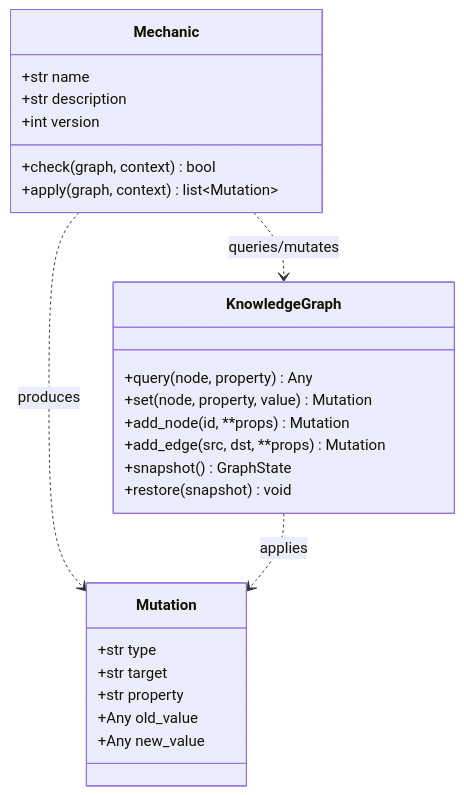
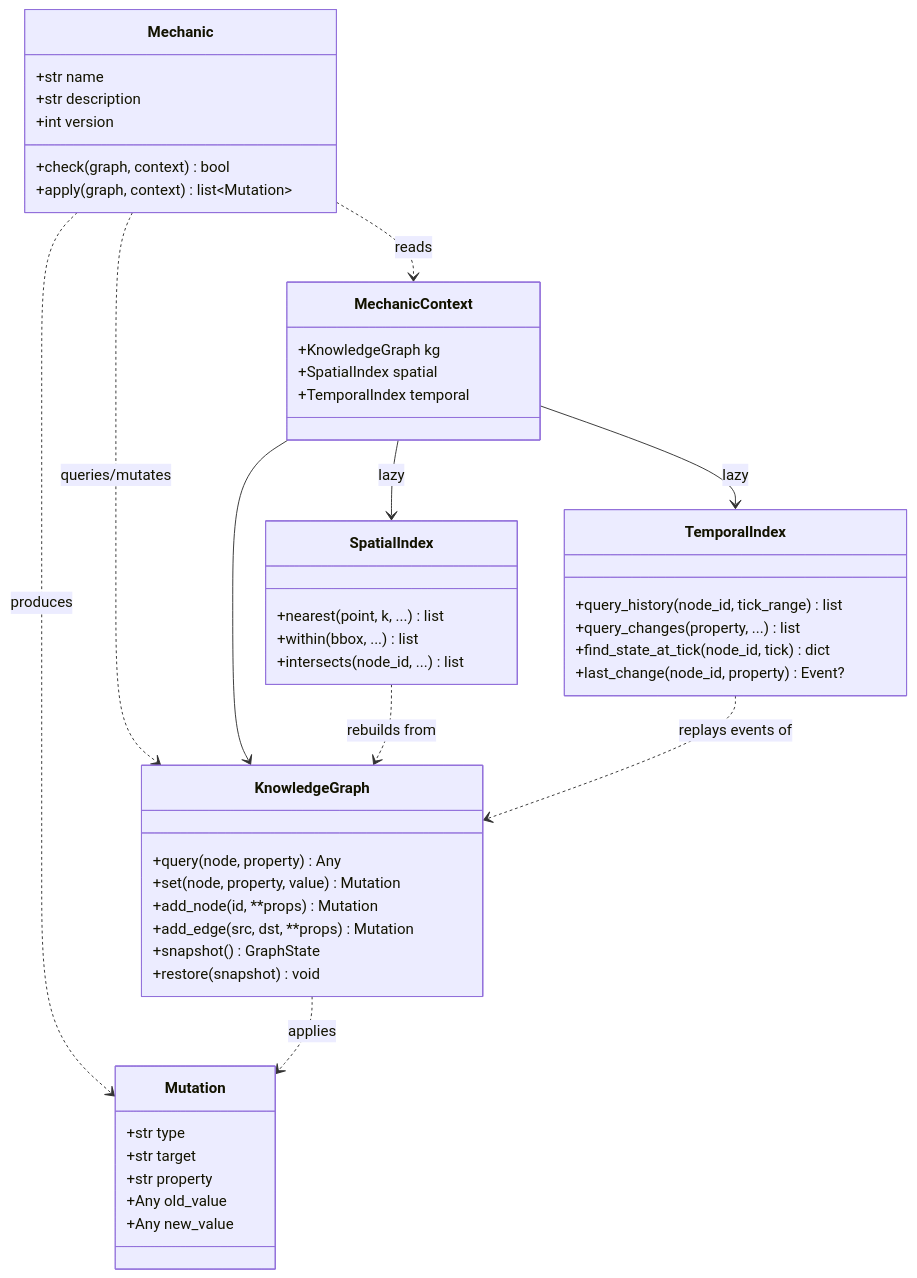
One commit to reubenjohn/token-world changed the third of 3 diagrams in docs/design/architecture.md. Above: the diagram before and after it, drawn with Mermaid. The commit also changed other lines of this file and 3 other files, not shown here.

````diff
--- a/docs/design/architecture.md
+++ b/docs/design/architecture.md
@@ -88,31 +88,56 @@
 ```mermaid
 classDiagram
     class Mechanic {
         +str name
         +str description
         +int version
         +check(graph, context) bool
         +apply(graph, context) list~Mutation~
     }
 
     class KnowledgeGraph {
         +query(node, property) Any
         +set(node, property, value) Mutation
         +add_node(id, **props) Mutation
         +add_edge(src, dst, **props) Mutation
         +snapshot() GraphState
         +restore(snapshot) void
     }
 
+    class MechanicContext {
+        +KnowledgeGraph kg
+        +SpatialIndex spatial
+        +TemporalIndex temporal
+    }
+
+    class SpatialIndex {
+        +nearest(point, k, ...) list
+        +within(bbox, ...) list
+        +intersects(node_id, ...) list
+    }
+
+    class TemporalIndex {
+        +query_history(node_id, tick_range) list
+        +query_changes(property, ...) list
+        +find_state_at_tick(node_id, tick) dict
+        +last_change(node_id, property) Event?
+    }
+
     class Mutation {
         +str type
         +str target
         +str property
         +Any old_value
         +Any new_value
     }
 
     Mechanic ..> KnowledgeGraph : queries/mutates
     Mechanic ..> Mutation : produces
     KnowledgeGraph ..> Mutation : applies
+    Mechanic ..> MechanicContext : reads
+    MechanicContext --> KnowledgeGraph
+    MechanicContext --> SpatialIndex : lazy
+    MechanicContext --> TemporalIndex : lazy
+    SpatialIndex ..> KnowledgeGraph : rebuilds from
+    TemporalIndex ..> KnowledgeGraph : replays events of
 ```
````
